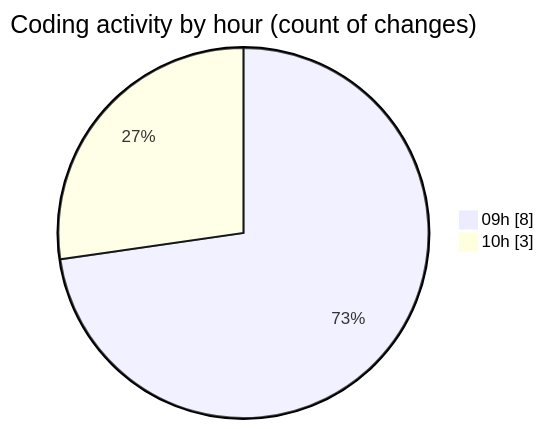
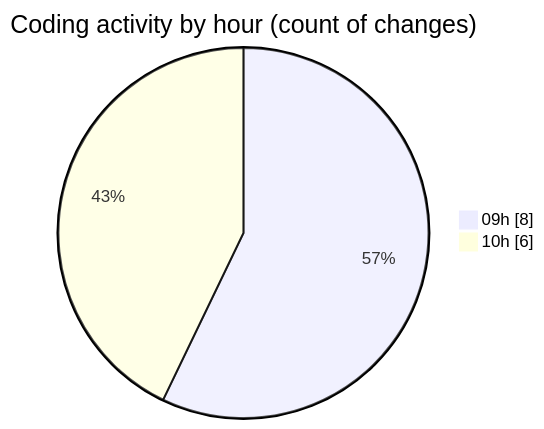
One commit to CELIANVF/code-tracking changed the second of 2 diagrams in 2025-06-03/ecodeli-1/README.md. Above: the diagram before and after it, drawn with Mermaid. The commit also changed other lines of this file and 1 other file, not shown here.

````diff
--- a/2025-06-03/ecodeli-1/README.md
+++ b/2025-06-03/ecodeli-1/README.md
@@ -35,6 +36,6 @@
 ```mermaid
 pie showData
 title Coding activity by hour (count of changes)
 "09h" : 8
-"10h" : 3
+"10h" : 6
 ```
````
